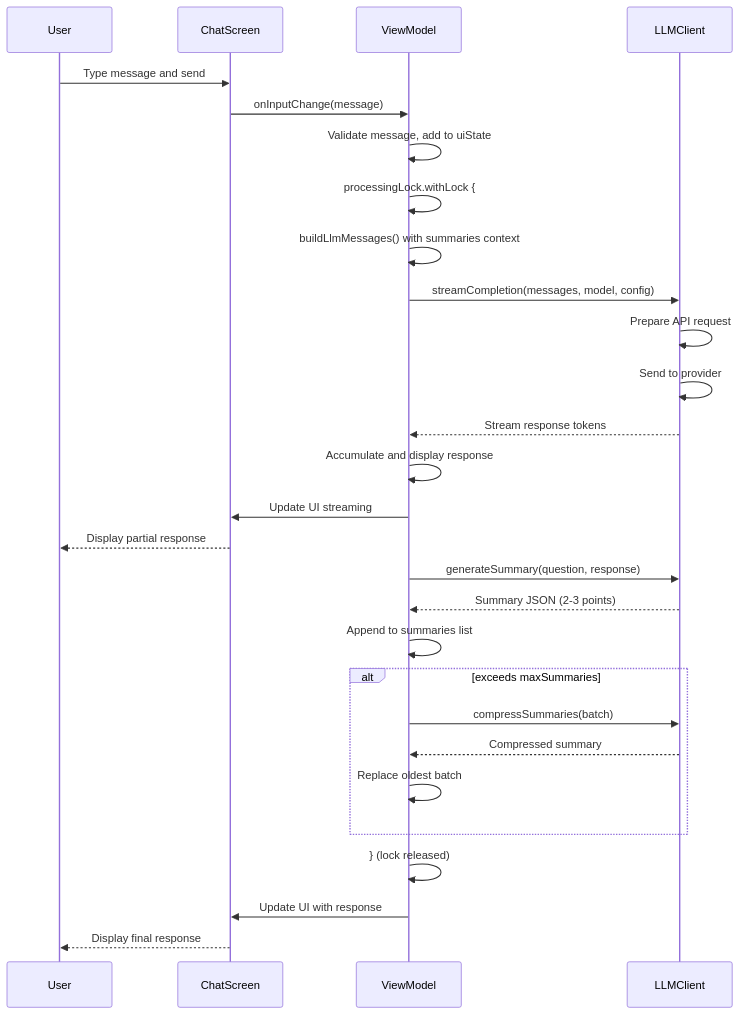
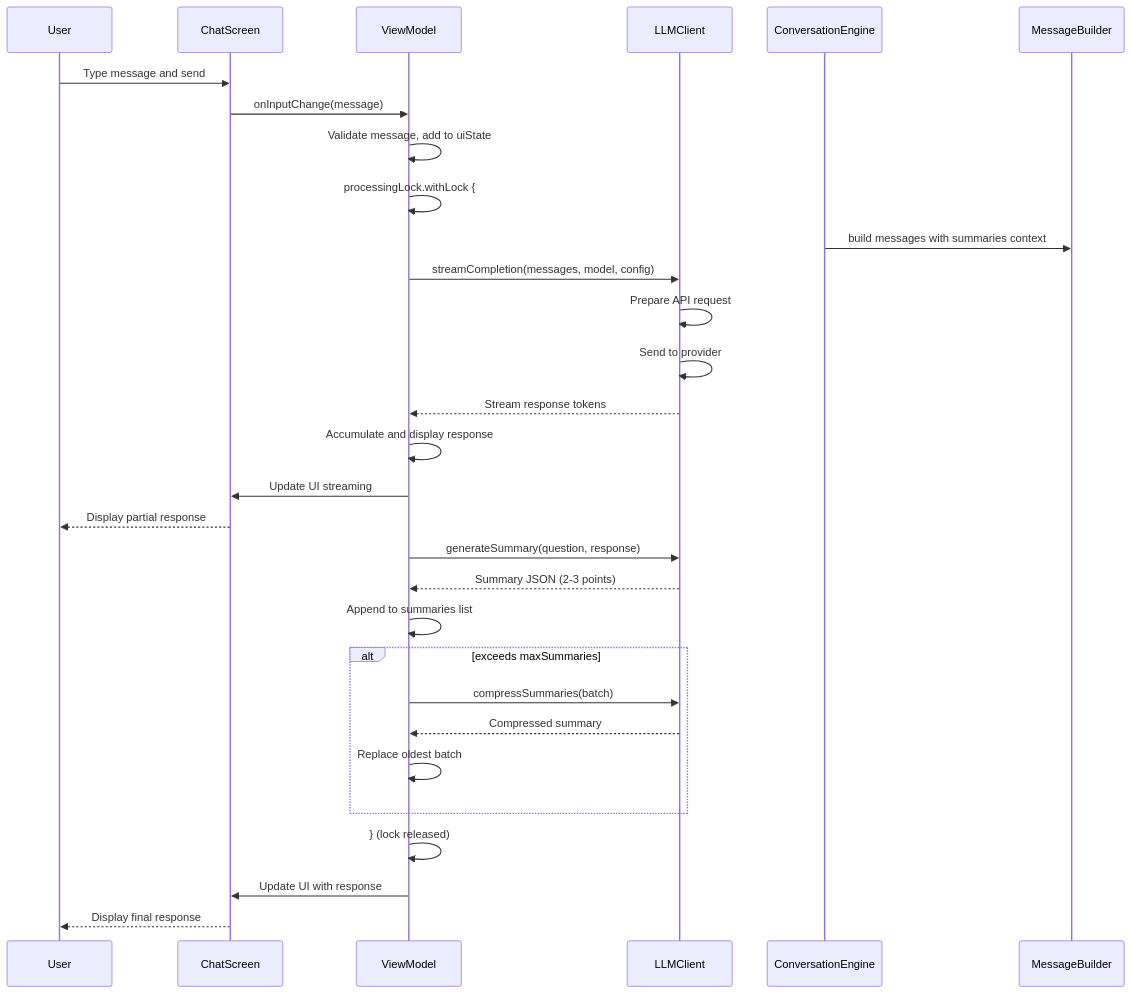
One commit to lehoang318/buddy changed the first of 10 diagrams in docs/seq_chat.md. Above: the diagram before and after it, drawn with Mermaid. The commit also changed other lines of this file and 169 other files, not shown here.

````diff
--- a/docs/seq_chat.md
+++ b/docs/seq_chat.md
@@ -7,31 +7,31 @@
 ```mermaid
 sequenceDiagram
     participant User
     participant ChatScreen
     participant ViewModel
     participant LLMClient
 
     User->>ChatScreen: Type message and send
     ChatScreen->>ViewModel: onInputChange(message)
     ViewModel->>ViewModel: Validate message, add to uiState
     ViewModel->>ViewModel: processingLock.withLock {
-    ViewModel->>ViewModel: buildLlmMessages() with summaries context
+    ConversationEngine->>MessageBuilder: build messages with summaries context
     ViewModel->>LLMClient: streamCompletion(messages, model, config)
     LLMClient->>LLMClient: Prepare API request
     LLMClient->>LLMClient: Send to provider
     LLMClient-->>ViewModel: Stream response tokens
     ViewModel->>ViewModel: Accumulate and display response
     ViewModel->>ChatScreen: Update UI streaming
     ChatScreen-->>User: Display partial response
     ViewModel->>LLMClient: generateSummary(question, response)
     LLMClient-->>ViewModel: Summary JSON (2-3 points)
     ViewModel->>ViewModel: Append to summaries list
     alt exceeds maxSummaries
         ViewModel->>LLMClient: compressSummaries(batch)
         LLMClient-->>ViewModel: Compressed summary
         ViewModel->>ViewModel: Replace oldest batch
     end
     ViewModel->>ViewModel: }  (lock released)
     ViewModel->>ChatScreen: Update UI with response
     ChatScreen-->>User: Display final response
 ```
````
